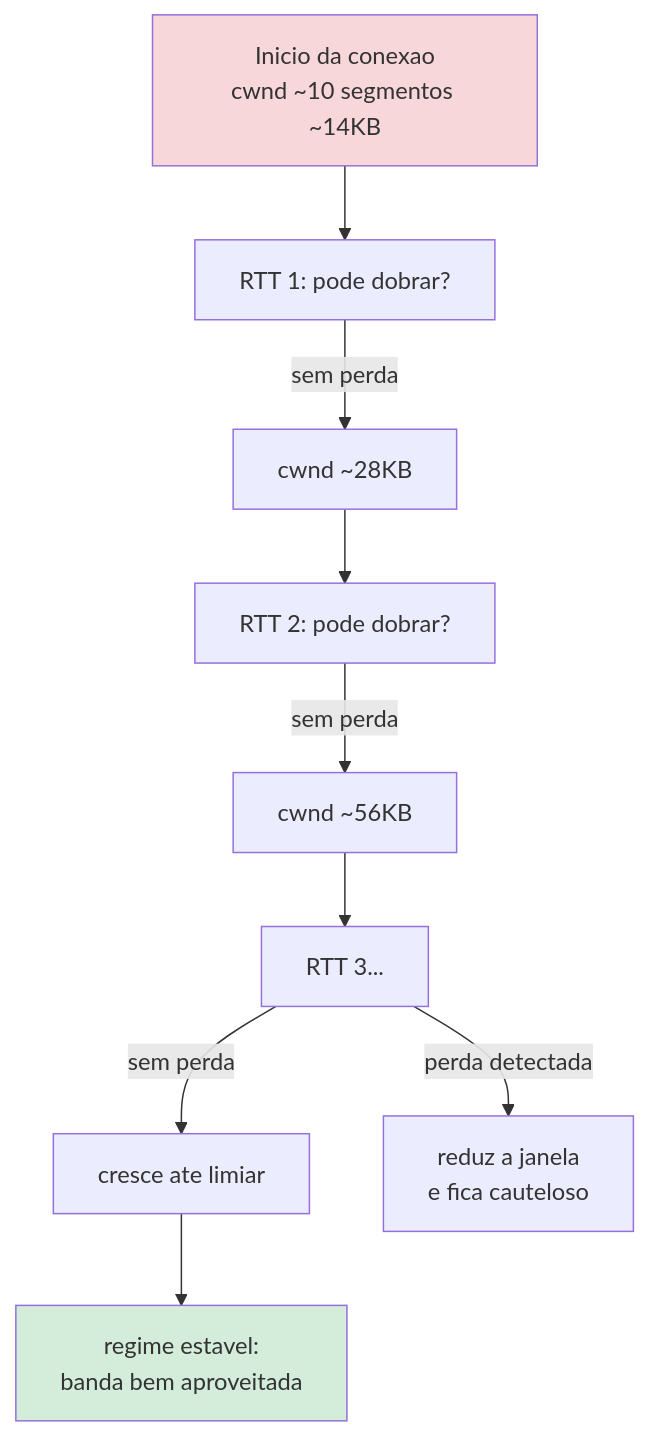
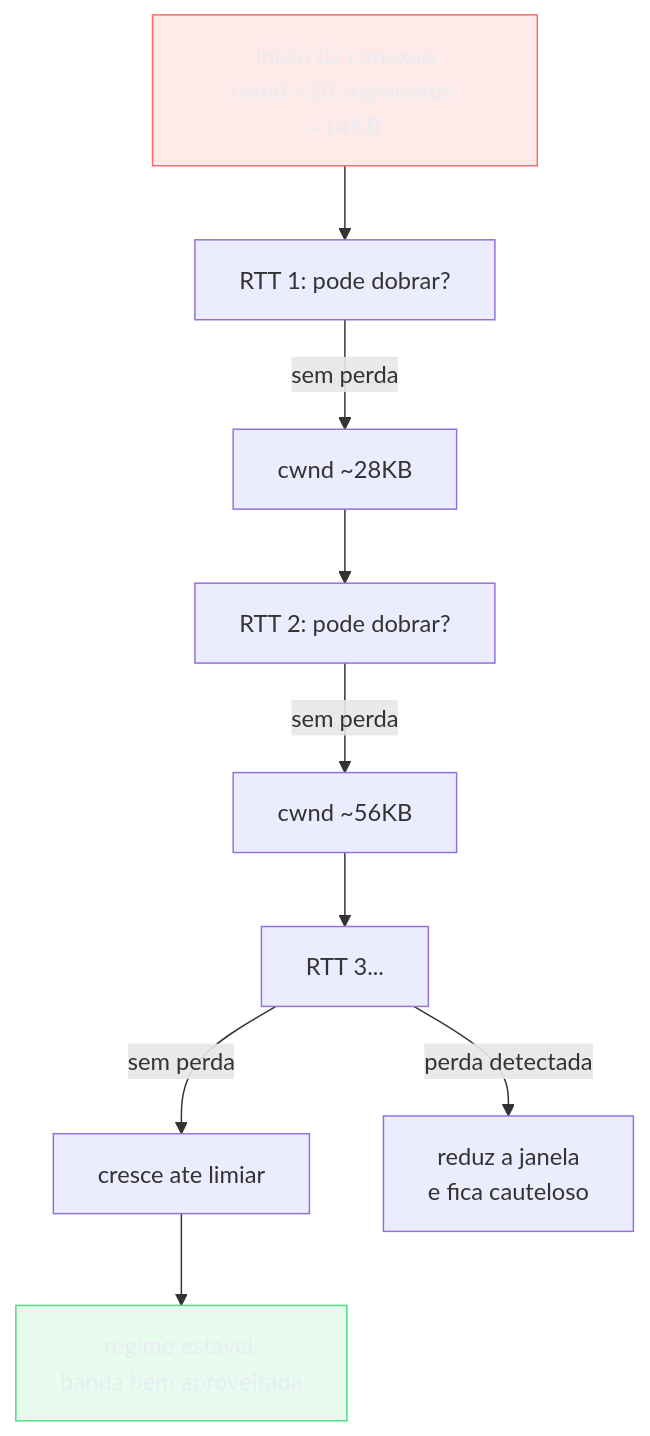
Before and after one commit to josenaldo/codex-technomanticus: the third of 7 diagrams in 03-Dominios/Ciência/Redes e Protocolos/02 - TCP.md, drawn with Mermaid. The commit also changed other lines of this file and 1181 other files, not shown here.

First line of the commit message:
fix(diagramas): paleta do sistema no lugar de cor cravada no markdown

````diff
--- a/03-Dominios/Ciência/Redes e Protocolos/02 - TCP.md
+++ b/03-Dominios/Ciência/Redes e Protocolos/02 - TCP.md
@@ -99,13 +101,15 @@
 ```mermaid
 flowchart TD
+    classDef falha fill:#FF6B6B24,stroke:#FF6B6B,color:#E9ECF2
+    classDef ok fill:#4ADE8021,stroke:#4ADE80,color:#E9ECF2
     A["Inicio da conexao<br/>cwnd ~10 segmentos ~14KB"] --> B["RTT 1: pode dobrar?"]
     B -->|"sem perda"| C["cwnd ~28KB"]
     C --> D["RTT 2: pode dobrar?"]
     D -->|"sem perda"| E["cwnd ~56KB"]
     E --> F["RTT 3..."]
     F -->|"sem perda"| G["cresce ate limiar"]
     F -->|"perda detectada"| H["reduz a janela<br/>e fica cauteloso"]
     G --> I["regime estavel:<br/>banda bem aproveitada"]
-    style A fill:#f8d7da
-    style I fill:#d4edda
+    class A falha
+    class I ok
 ```
````
